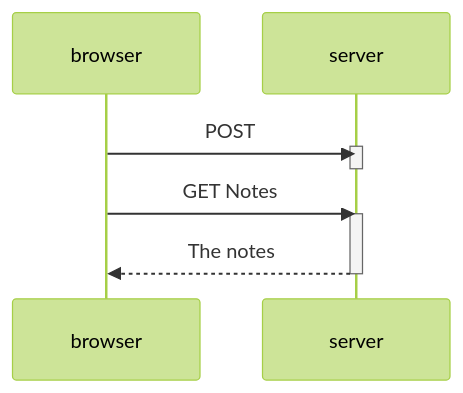
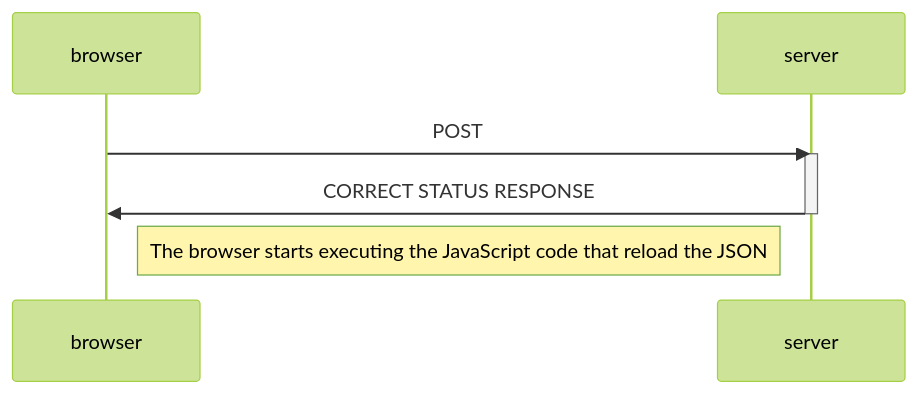
The second of 4 diagrams in part0/sol.md (Hyp3Boy/full_stack_course), drawn with Mermaid (forest theme) before and after one commit.

Commit message:
fix: fix fourth exercise from part 0

````diff
--- a/part0/sol.md
+++ b/part0/sol.md
@@ -36,14 +36,13 @@
 ```mermaid
 sequenceDiagram
     participant browser
     participant server
 
     browser->>server: POST 
     activate server
+    server->>browser: CORRECT STATUS RESPONSE
     deactivate server
 
-    browser->>server: GET Notes
-    activate server
-    server-->>browser: The notes
-    deactivate server
+    Note right of browser: The browser starts executing the JavaScript code that reload the JSON
+
 ```
````
